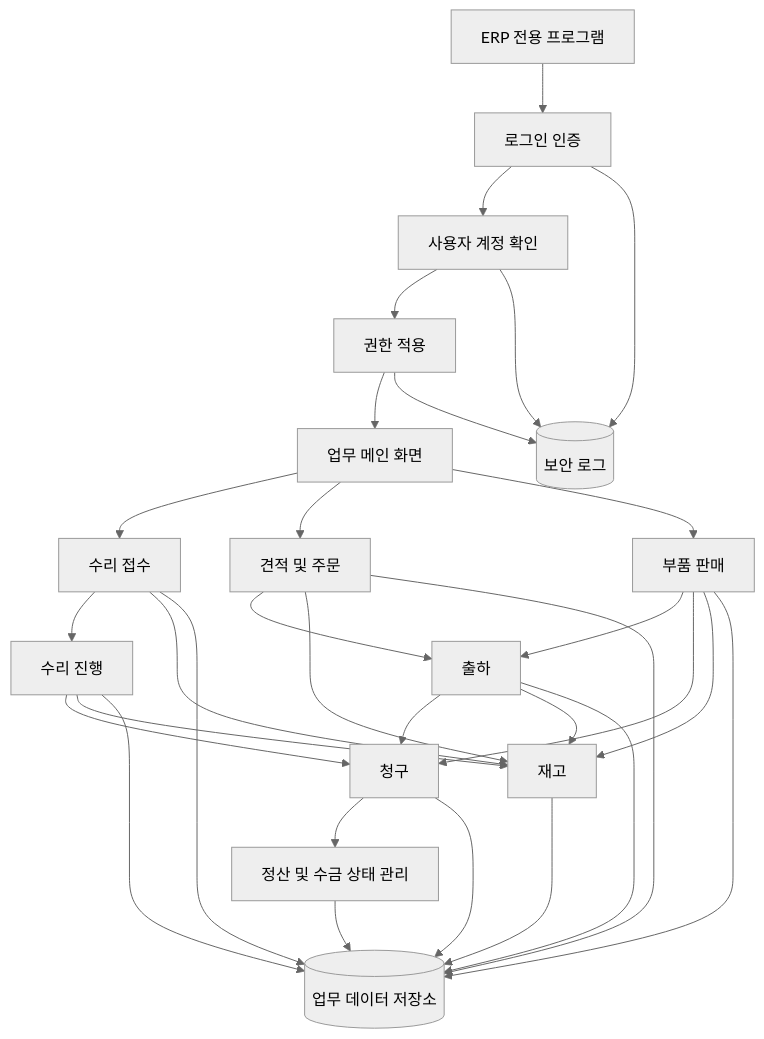
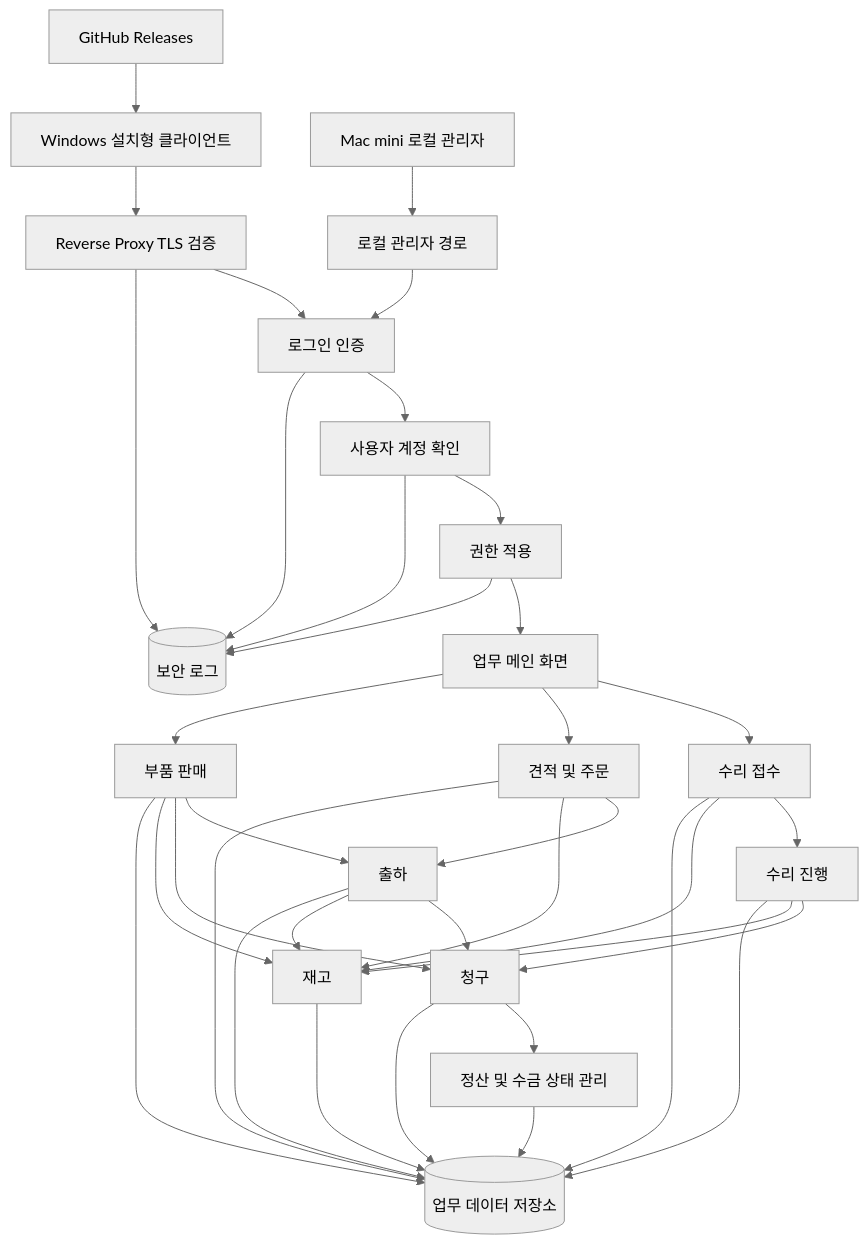
One commit to hayounggwang6684/MyErp changed the diagram in docs/architecture/01-system-architecture.md. Above: the diagram before and after it, drawn with Mermaid (neutral theme). The commit also changed other lines of this file and 61 other files, not shown here.

````diff
--- a/docs/architecture/01-system-architecture.md
+++ b/docs/architecture/01-system-architecture.md
@@ -33,42 +35,47 @@
 ```mermaid
 flowchart TD
 
-A[ERP 전용 프로그램] --> B[로그인 인증]
-B --> C[사용자 계정 확인]
-C --> D[권한 적용]
+A[Windows 설치형 클라이언트] --> B[Reverse Proxy TLS 검증]
+AA[GitHub Releases] --> A
+M[Mac mini 로컬 관리자] --> N[로컬 관리자 경로]
+B --> C[로그인 인증]
+N --> C
+C --> D[사용자 계정 확인]
+D --> E[권한 적용]
 
-D --> E[업무 메인 화면]
+E --> F[업무 메인 화면]
 
-E --> F[수리 접수]
-F --> G[수리 진행]
-G --> H[청구]
+F --> G[수리 접수]
+G --> H[수리 진행]
+H --> I[청구]
 
-E --> I[견적 및 주문]
-I --> J[출하]
-J --> H
+F --> J[견적 및 주문]
+J --> K[출하]
+K --> I
 
-E --> K[부품 판매]
-K --> J
-K --> H
+F --> L[부품 판매]
+L --> K
+L --> I
 
-F --> L[재고]
-G --> L
-I --> L
-K --> L
-J --> L
+G --> O[재고]
+H --> O
+J --> O
+L --> O
+K --> O
 
-H --> M[정산 및 수금 상태 관리]
+I --> P[정산 및 수금 상태 관리]
 
-B --> N[(보안 로그)]
-C --> N
-D --> N
+B --> Q[(보안 로그)]
+C --> Q
+D --> Q
+E --> Q
 
-F --> O[(업무 데이터 저장소)]
-G --> O
-H --> O
-I --> O
-J --> O
-K --> O
-L --> O
-M --> O
+G --> R[(업무 데이터 저장소)]
+H --> R
+I --> R
+J --> R
+K --> R
+L --> R
+O --> R
+P --> R
 ```
````
